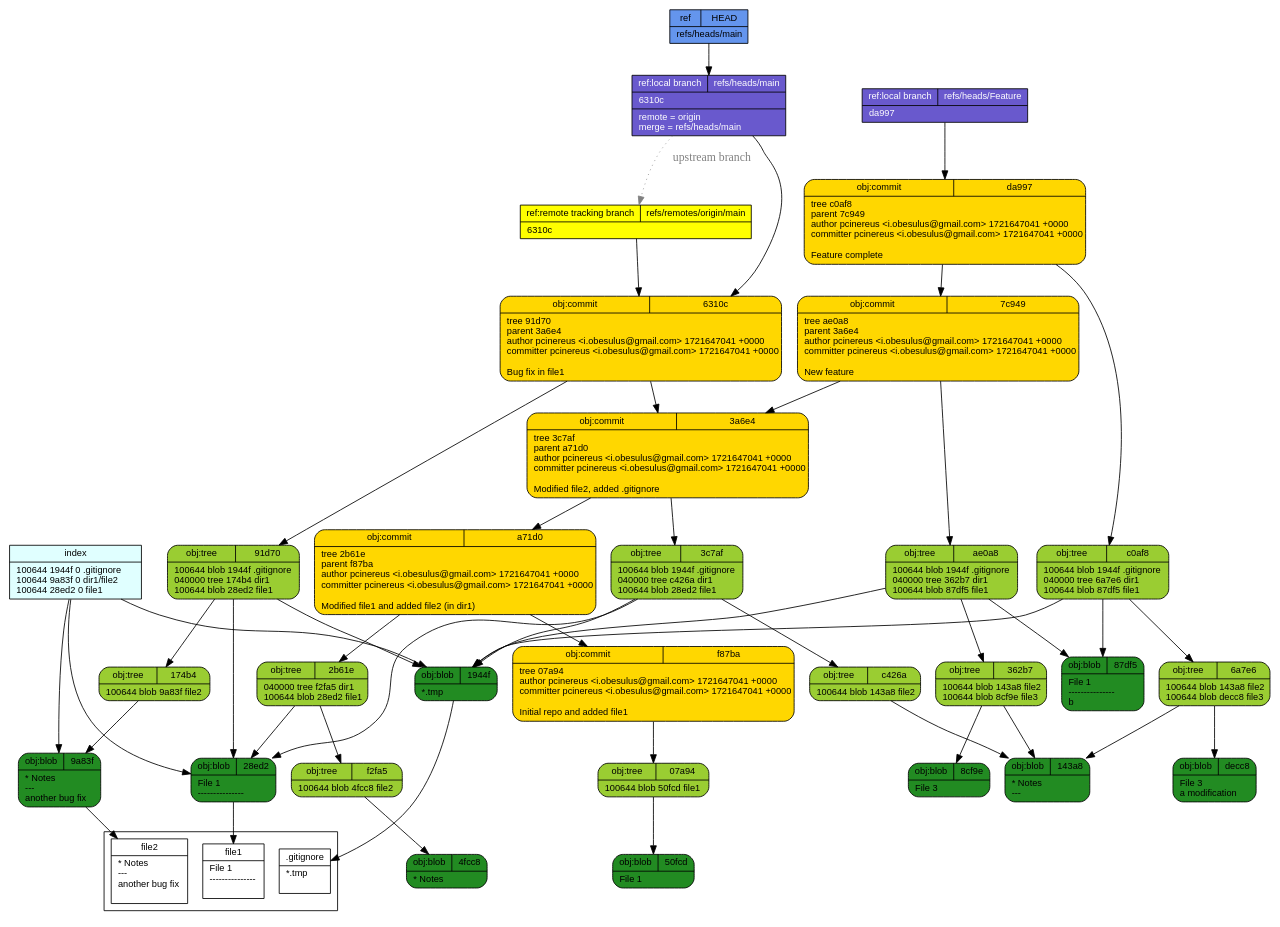
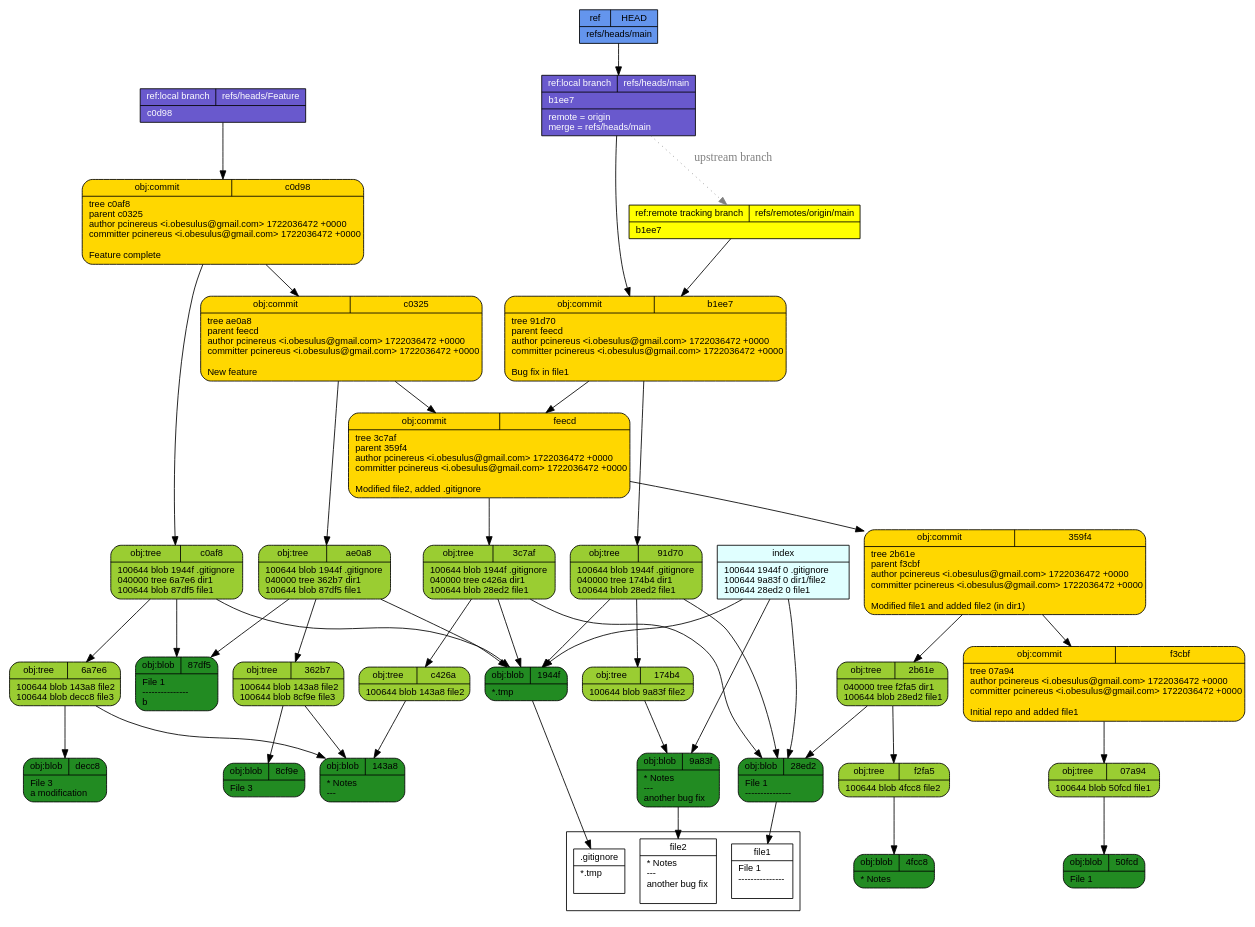
One commit to pcinereus/SUYRs_documents changed the diagram in tut/git-draw.dot. Above: the diagram before and after it, drawn with Graphviz. The commit also changed 951 other files, not shown here.

```diff
--- a/tut/git-draw.dot
+++ b/tut/git-draw.dot
@@ -1,57 +1,57 @@
 digraph structs {
   node [shape=record,fontsize=11,fontname="arial"];
   rankdir="TB";
-  _f2fa5 [fillcolor="yellowgreen", style="filled,rounded", label="{{obj:tree|f2fa5}|100644\ blob\ 4fcc8\	file2\l}"]  _f2fa5 -> _4fcc8
-  _07a94 [fillcolor="yellowgreen", style="filled,rounded", label="{{obj:tree|07a94}|100644\ blob\ 50fcd\	file1\l}"]  _07a94 -> _50fcd
-  _143a8 [fillcolor="forestgreen", style="filled,rounded", label="{{obj:blob|143a8}|\*\ Notes\l\-\-\-\l}"]  _c0af8 [fillcolor="yellowgreen", style="filled,rounded", label="{{obj:tree|c0af8}|100644\ blob\ 1944f\	\.gitignore\l040000\ tree\ 6a7e6\	dir1\l100644\ blob\ 87df5\	file1\l}"]  _c0af8 -> _1944f
+  _decc8 [fillcolor="forestgreen", style="filled,rounded", label="{{obj:blob|decc8}|File\ 3\l\ a\ modification\l}"]  _91d70 [fillcolor="yellowgreen", style="filled,rounded", label="{{obj:tree|91d70}|100644\ blob\ 1944f\	\.gitignore\l040000\ tree\ 174b4\	dir1\l100644\ blob\ 28ed2\	file1\l}"]  _91d70 -> _1944f
+  _91d70 -> _174b4
+  _91d70 -> _28ed2
+  _8cf9e [fillcolor="forestgreen", style="filled,rounded", label="{{obj:blob|8cf9e}|File\ 3\l}"]  _9a83f [fillcolor="forestgreen", style="filled,rounded", label="{{obj:blob|9a83f}|\*\ Notes\l\-\-\-\l\ another\ bug\ fix\l}"]  _50fcd [fillcolor="forestgreen", style="filled,rounded", label="{{obj:blob|50fcd}|File\ 1\l}"]  _143a8 [fillcolor="forestgreen", style="filled,rounded", label="{{obj:blob|143a8}|\*\ Notes\l\-\-\-\l}"]  _ae0a8 [fillcolor="yellowgreen", style="filled,rounded", label="{{obj:tree|ae0a8}|100644\ blob\ 1944f\	\.gitignore\l040000\ tree\ 362b7\	dir1\l100644\ blob\ 87df5\	file1\l}"]  _ae0a8 -> _1944f
+  _ae0a8 -> _362b7
+  _ae0a8 -> _87df5
+  _87df5 [fillcolor="forestgreen", style="filled,rounded", label="{{obj:blob|87df5}|File\ 1\l\-\-\-\-\-\-\-\-\-\-\-\-\-\-\-\lb\l}"]  _f3cbf [fillcolor="gold", style="filled,rounded", label="{{obj:commit|f3cbf}|tree\ 07a94\lauthor\ pcinereus\ \<i\.obesulus\@gmail\.com\>\ 1722036472\ \+0000\lcommitter\ pcinereus\ \<i\.obesulus\@gmail\.com\>\ 1722036472\ \+0000\l\lInitial\ repo\ and\ added\ file1\l}"]  _f3cbf -> _07a94
+  _1944f [fillcolor="forestgreen", style="filled,rounded", label="{{obj:blob|1944f}|\*\.tmp\l}"]  _3c7af [fillcolor="yellowgreen", style="filled,rounded", label="{{obj:tree|3c7af}|100644\ blob\ 1944f\	\.gitignore\l040000\ tree\ c426a\	dir1\l100644\ blob\ 28ed2\	file1\l}"]  _3c7af -> _1944f
+  _3c7af -> _c426a
+  _3c7af -> _28ed2
+  _c0af8 [fillcolor="yellowgreen", style="filled,rounded", label="{{obj:tree|c0af8}|100644\ blob\ 1944f\	\.gitignore\l040000\ tree\ 6a7e6\	dir1\l100644\ blob\ 87df5\	file1\l}"]  _c0af8 -> _1944f
   _c0af8 -> _6a7e6
   _c0af8 -> _87df5
-  _4fcc8 [fillcolor="forestgreen", style="filled,rounded", label="{{obj:blob|4fcc8}|\*\ Notes\l}"]  _f87ba [fillcolor="gold", style="filled,rounded", label="{{obj:commit|f87ba}|tree\ 07a94\lauthor\ pcinereus\ \<i\.obesulus\@gmail\.com\>\ 1721647041\ \+0000\lcommitter\ pcinereus\ \<i\.obesulus\@gmail\.com\>\ 1721647041\ \+0000\l\lInitial\ repo\ and\ added\ file1\l}"]  _f87ba -> _07a94
-  _3a6e4 [fillcolor="gold", style="filled,rounded", label="{{obj:commit|3a6e4}|tree\ 3c7af\lparent\ a71d0\lauthor\ pcinereus\ \<i\.obesulus\@gmail\.com\>\ 1721647041\ \+0000\lcommitter\ pcinereus\ \<i\.obesulus\@gmail\.com\>\ 1721647041\ \+0000\l\lModified\ file2\,\ added\ \.gitignore\l}"]  _3a6e4 -> _3c7af
-  _3a6e4 -> _a71d0
-  _6310c [fillcolor="gold", style="filled,rounded", label="{{obj:commit|6310c}|tree\ 91d70\lparent\ 3a6e4\lauthor\ pcinereus\ \<i\.obesulus\@gmail\.com\>\ 1721647041\ \+0000\lcommitter\ pcinereus\ \<i\.obesulus\@gmail\.com\>\ 1721647041\ \+0000\l\lBug\ fix\ in\ file1\l}"]  _6310c -> _91d70
-  _6310c -> _3a6e4
+  _c0d98 [fillcolor="gold", style="filled,rounded", label="{{obj:commit|c0d98}|tree\ c0af8\lparent\ c0325\lauthor\ pcinereus\ \<i\.obesulus\@gmail\.com\>\ 1722036472\ \+0000\lcommitter\ pcinereus\ \<i\.obesulus\@gmail\.com\>\ 1722036472\ \+0000\l\lFeature\ complete\l}"]  _c0d98 -> _c0af8
+  _c0d98 -> _c0325
+  _c0325 [fillcolor="gold", style="filled,rounded", label="{{obj:commit|c0325}|tree\ ae0a8\lparent\ feecd\lauthor\ pcinereus\ \<i\.obesulus\@gmail\.com\>\ 1722036472\ \+0000\lcommitter\ pcinereus\ \<i\.obesulus\@gmail\.com\>\ 1722036472\ \+0000\l\lNew\ feature\l}"]  _c0325 -> _ae0a8
+  _c0325 -> _feecd
+  _07a94 [fillcolor="yellowgreen", style="filled,rounded", label="{{obj:tree|07a94}|100644\ blob\ 50fcd\	file1\l}"]  _07a94 -> _50fcd
+  _362b7 [fillcolor="yellowgreen", style="filled,rounded", label="{{obj:tree|362b7}|100644\ blob\ 143a8\	file2\l100644\ blob\ 8cf9e\	file3\l}"]  _362b7 -> _143a8
+  _362b7 -> _8cf9e
+  _6a7e6 [fillcolor="yellowgreen", style="filled,rounded", label="{{obj:tree|6a7e6}|100644\ blob\ 143a8\	file2\l100644\ blob\ decc8\	file3\l}"]  _6a7e6 -> _143a8
+  _6a7e6 -> _decc8
+  _feecd [fillcolor="gold", style="filled,rounded", label="{{obj:commit|feecd}|tree\ 3c7af\lparent\ 359f4\lauthor\ pcinereus\ \<i\.obesulus\@gmail\.com\>\ 1722036472\ \+0000\lcommitter\ pcinereus\ \<i\.obesulus\@gmail\.com\>\ 1722036472\ \+0000\l\lModified\ file2\,\ added\ \.gitignore\l}"]  _feecd -> _3c7af
+  _feecd -> _359f4
+  _b1ee7 [fillcolor="gold", style="filled,rounded", label="{{obj:commit|b1ee7}|tree\ 91d70\lparent\ feecd\lauthor\ pcinereus\ \<i\.obesulus\@gmail\.com\>\ 1722036472\ \+0000\lcommitter\ pcinereus\ \<i\.obesulus\@gmail\.com\>\ 1722036472\ \+0000\l\lBug\ fix\ in\ file1\l}"]  _b1ee7 -> _91d70
+  _b1ee7 -> _feecd
+  _4fcc8 [fillcolor="forestgreen", style="filled,rounded", label="{{obj:blob|4fcc8}|\*\ Notes\l}"]  _f2fa5 [fillcolor="yellowgreen", style="filled,rounded", label="{{obj:tree|f2fa5}|100644\ blob\ 4fcc8\	file2\l}"]  _f2fa5 -> _4fcc8
+  _28ed2 [fillcolor="forestgreen", style="filled,rounded", label="{{obj:blob|28ed2}|File\ 1\l\-\-\-\-\-\-\-\-\-\-\-\-\-\-\-\l}"]  _2b61e [fillcolor="yellowgreen", style="filled,rounded", label="{{obj:tree|2b61e}|040000\ tree\ f2fa5\	dir1\l100644\ blob\ 28ed2\	file1\l}"]  _2b61e -> _f2fa5
+  _2b61e -> _28ed2
+  _359f4 [fillcolor="gold", style="filled,rounded", label="{{obj:commit|359f4}|tree\ 2b61e\lparent\ f3cbf\lauthor\ pcinereus\ \<i\.obesulus\@gmail\.com\>\ 1722036472\ \+0000\lcommitter\ pcinereus\ \<i\.obesulus\@gmail\.com\>\ 1722036472\ \+0000\l\lModified\ file1\ and\ added\ file2\ \(in\ dir1\)\l}"]  _359f4 -> _2b61e
+  _359f4 -> _f3cbf
+  _174b4 [fillcolor="yellowgreen", style="filled,rounded", label="{{obj:tree|174b4}|100644\ blob\ 9a83f\	file2\l}"]  _174b4 -> _9a83f
   _c426a [fillcolor="yellowgreen", style="filled,rounded", label="{{obj:tree|c426a}|100644\ blob\ 143a8\	file2\l}"]  _c426a -> _143a8
-  _1944f [fillcolor="forestgreen", style="filled,rounded", label="{{obj:blob|1944f}|\*\.tmp\l}"]  _50fcd [fillcolor="forestgreen", style="filled,rounded", label="{{obj:blob|50fcd}|File\ 1\l}"]  _a71d0 [fillcolor="gold", style="filled,rounded", label="{{obj:commit|a71d0}|tree\ 2b61e\lparent\ f87ba\lauthor\ pcinereus\ \<i\.obesulus\@gmail\.com\>\ 1721647041\ \+0000\lcommitter\ pcinereus\ \<i\.obesulus\@gmail\.com\>\ 1721647041\ \+0000\l\lModified\ file1\ and\ added\ file2\ \(in\ dir1\)\l}"]  _a71d0 -> _2b61e
-  _a71d0 -> _f87ba
-  _7c949 [fillcolor="gold", style="filled,rounded", label="{{obj:commit|7c949}|tree\ ae0a8\lparent\ 3a6e4\lauthor\ pcinereus\ \<i\.obesulus\@gmail\.com\>\ 1721647041\ \+0000\lcommitter\ pcinereus\ \<i\.obesulus\@gmail\.com\>\ 1721647041\ \+0000\l\lNew\ feature\l}"]  _7c949 -> _ae0a8
-  _7c949 -> _3a6e4
-  _8cf9e [fillcolor="forestgreen", style="filled,rounded", label="{{obj:blob|8cf9e}|File\ 3\l}"]  _91d70 [fillcolor="yellowgreen", style="filled,rounded", label="{{obj:tree|91d70}|100644\ blob\ 1944f\	\.gitignore\l040000\ tree\ 174b4\	dir1\l100644\ blob\ 28ed2\	file1\l}"]  _91d70 -> _1944f
-  _91d70 -> _174b4
-  _91d70 -> _28ed2
-  _da997 [fillcolor="gold", style="filled,rounded", label="{{obj:commit|da997}|tree\ c0af8\lparent\ 7c949\lauthor\ pcinereus\ \<i\.obesulus\@gmail\.com\>\ 1721647041\ \+0000\lcommitter\ pcinereus\ \<i\.obesulus\@gmail\.com\>\ 1721647041\ \+0000\l\lFeature\ complete\l}"]  _da997 -> _c0af8
-  _da997 -> _7c949
-  _9a83f [fillcolor="forestgreen", style="filled,rounded", label="{{obj:blob|9a83f}|\*\ Notes\l\-\-\-\l\ another\ bug\ fix\l}"]  _ae0a8 [fillcolor="yellowgreen", style="filled,rounded", label="{{obj:tree|ae0a8}|100644\ blob\ 1944f\	\.gitignore\l040000\ tree\ 362b7\	dir1\l100644\ blob\ 87df5\	file1\l}"]  _ae0a8 -> _1944f
-  _ae0a8 -> _362b7
-  _ae0a8 -> _87df5
-  _2b61e [fillcolor="yellowgreen", style="filled,rounded", label="{{obj:tree|2b61e}|040000\ tree\ f2fa5\	dir1\l100644\ blob\ 28ed2\	file1\l}"]  _2b61e -> _f2fa5
-  _2b61e -> _28ed2
-  _87df5 [fillcolor="forestgreen", style="filled,rounded", label="{{obj:blob|87df5}|File\ 1\l\-\-\-\-\-\-\-\-\-\-\-\-\-\-\-\lb\l}"]  _362b7 [fillcolor="yellowgreen", style="filled,rounded", label="{{obj:tree|362b7}|100644\ blob\ 143a8\	file2\l100644\ blob\ 8cf9e\	file3\l}"]  _362b7 -> _143a8
-  _362b7 -> _8cf9e
-  _3c7af [fillcolor="yellowgreen", style="filled,rounded", label="{{obj:tree|3c7af}|100644\ blob\ 1944f\	\.gitignore\l040000\ tree\ c426a\	dir1\l100644\ blob\ 28ed2\	file1\l}"]  _3c7af -> _1944f
-  _3c7af -> _c426a
-  _3c7af -> _28ed2
-  _28ed2 [fillcolor="forestgreen", style="filled,rounded", label="{{obj:blob|28ed2}|File\ 1\l\-\-\-\-\-\-\-\-\-\-\-\-\-\-\-\l}"]  _6a7e6 [fillcolor="yellowgreen", style="filled,rounded", label="{{obj:tree|6a7e6}|100644\ blob\ 143a8\	file2\l100644\ blob\ decc8\	file3\l}"]  _6a7e6 -> _143a8
-  _6a7e6 -> _decc8
-  _174b4 [fillcolor="yellowgreen", style="filled,rounded", label="{{obj:tree|174b4}|100644\ blob\ 9a83f\	file2\l}"]  _174b4 -> _9a83f
-  _decc8 [fillcolor="forestgreen", style="filled,rounded", label="{{obj:blob|decc8}|File\ 3\l\ a\ modification\l}"]  _refs___heads___Feature [style=filled, fillcolor=slateblue3, fontcolor = white,  label="{{ref:local branch|refs\/heads\/Feature}|da997\l}"]
-  _refs___heads___Feature -> _da997
+  _refs___heads___Feature [style=filled, fillcolor=slateblue3, fontcolor = white,  label="{{ref:local branch|refs\/heads\/Feature}|c0d98\l}"]
+  _refs___heads___Feature -> _c0d98
   _refs___heads___main -> _refs___remotes___origin___main [style=dotted, color=gray, fontcolor=gray, label="upstream branch"]
-  _refs___heads___main [style=filled, fillcolor=slateblue3, fontcolor = white,  label="{{ref:local branch|refs\/heads\/main}|6310c\l|remote\ \=\ origin\lmerge\ \=\ refs\/heads\/main\l}"]
-  _refs___heads___main -> _6310c
-  _refs___remotes___origin___main [style=filled, fillcolor=yellow, fontcolor = black,  label="{{ref:remote tracking branch|refs\/remotes\/origin\/main}|6310c\l}"]
-  _refs___remotes___origin___main -> _6310c
+  _refs___heads___main [style=filled, fillcolor=slateblue3, fontcolor = white,  label="{{ref:local branch|refs\/heads\/main}|b1ee7\l|remote\ \=\ origin\lmerge\ \=\ refs\/heads\/main\l}"]
+  _refs___heads___main -> _b1ee7
+  _refs___remotes___origin___main [style=filled, fillcolor=yellow, fontcolor = black,  label="{{ref:remote tracking branch|refs\/remotes\/origin\/main}|b1ee7\l}"]
+  _refs___remotes___origin___main -> _b1ee7
   _HEAD [style=filled, fillcolor=cornflowerblue, fontcolor=black,  label="{{ref|HEAD}|refs\/heads\/main\l}"]
   _HEAD -> _refs___heads___main
   index -> _1944f
   index -> _9a83f
   index -> _28ed2
   index [style=filled, fillcolor=lightcyan, label="{{index}|100644\ 1944f\ 0\	\.gitignore\l100644\ 9a83f\ 0\	dir1\/file2\l100644\ 28ed2\ 0\	file1\l}"]
 subgraph cluster_1 {rank=sink  _gitignore [fillcolor="white", label="{{.gitignore}|*.tmp\l\l}"] 
   _file2 [fillcolor="white", label="{{file2}|* Notes\l---\l another bug fix\l\l}"] 
   _file1 [fillcolor="white", label="{{file1}|File 1\l---------------\l\l}"] 
 }
  _1944f -> _gitignore
  _9a83f -> _file2
  _28ed2 -> _file1
 }
```
